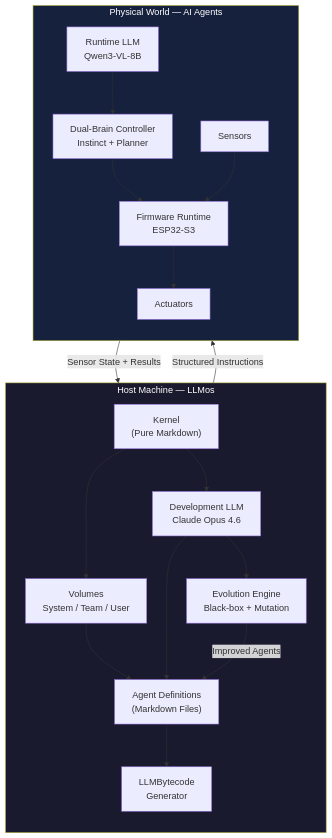
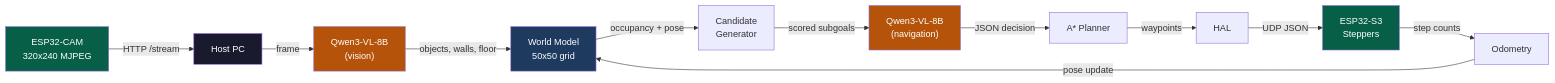
Before and after one commit to EvolvingAgentsLabs/llmos: the first of 2 diagrams in README.md, drawn with Mermaid. The commit also changed other lines of this file and 6 other files, not shown here.

First line of the commit message:
Rewrite docs for engagement: narrative framing, Mermaid diagrams, Maker Checkpoints

````diff
--- a/README.md
+++ b/README.md
@@ -23,40 +118,20 @@
 ```mermaid
-graph TB
-    subgraph HOST["Host Machine — LLMos"]
-        direction TB
-        KERNEL["Kernel<br/>(Pure Markdown)"]
-        DEV_LLM["Development LLM<br/>Claude Opus 4.6"]
-        VOLUMES["Volumes<br/>System / Team / User"]
-        AGENTS_DEF["Agent Definitions<br/>(Markdown Files)"]
-        BYTECODE["LLMBytecode<br/>Generator"]
-        EVOLUTION["Evolution Engine<br/>Black-box + Mutation"]
+graph LR
+    CAM["ESP32-CAM<br/>320x240 MJPEG"] -->|HTTP /stream| HOST["Host PC"]
+    HOST -->|frame| VLM["Qwen3-VL-8B<br/>(vision)"]
+    VLM -->|objects, walls, floor| WM["World Model<br/>50x50 grid"]
+    WM -->|occupancy + pose| CG["Candidate<br/>Generator"]
+    CG -->|scored subgoals| LLM["Qwen3-VL-8B<br/>(navigation)"]
+    LLM -->|JSON decision| PLAN["A* Planner"]
+    PLAN -->|waypoints| HAL["HAL"]
+    HAL -->|UDP JSON| ESP["ESP32-S3<br/>Steppers"]
+    ESP -->|step counts| ODO["Odometry"]
+    ODO -->|pose update| WM
 
-        KERNEL --> DEV_LLM
-        KERNEL --> VOLUMES
-        VOLUMES --> AGENTS_DEF
-        DEV_LLM --> AGENTS_DEF
-        DEV_LLM --> EVOLUTION
-        AGENTS_DEF --> BYTECODE
-    end
-
-    subgraph PHYSICAL["Physical World — AI Agents"]
-        direction TB
-        RUNTIME_LLM["Runtime LLM<br/>Qwen3-VL-8B"]
-        DUAL_BRAIN["Dual-Brain Controller<br/>Instinct + Planner"]
-        FIRMWARE["Firmware Runtime<br/>ESP32-S3"]
-        SENSORS["Sensors"]
-        ACTUATORS["Actuators"]
-
-        RUNTIME_LLM --> DUAL_BRAIN
-        DUAL_BRAIN --> FIRMWARE
-        FIRMWARE --> ACTUATORS
-        SENSORS --> FIRMWARE
-    end
-
-    BYTECODE -->|"Structured Instructions"| FIRMWARE
-    FIRMWARE -->|"Sensor State + Results"| BYTECODE
-    EVOLUTION -->|"Improved Agents"| AGENTS_DEF
-
+    style CAM fill:#065f46,color:#fff
+    style ESP fill:#065f46,color:#fff
+    style VLM fill:#b45309,color:#fff
+    style LLM fill:#b45309,color:#fff
+    style WM fill:#1e3a5f,color:#fff
     style HOST fill:#1a1a2e,color:#fff
-    style PHYSICAL fill:#16213e,color:#fff
 ```
````
